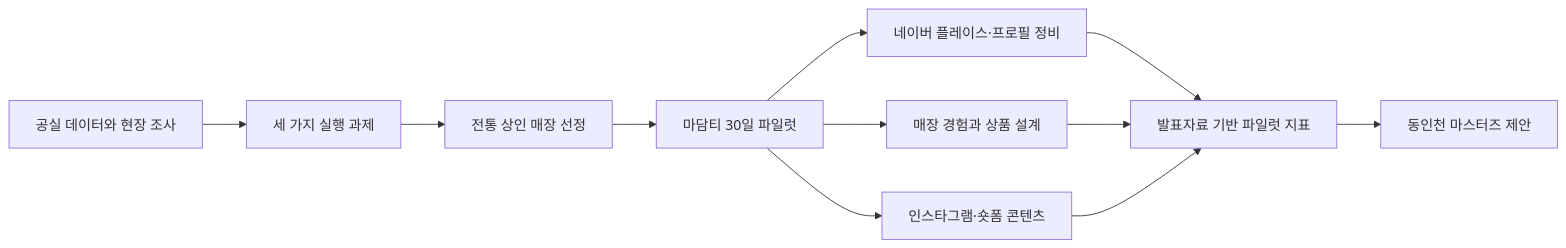
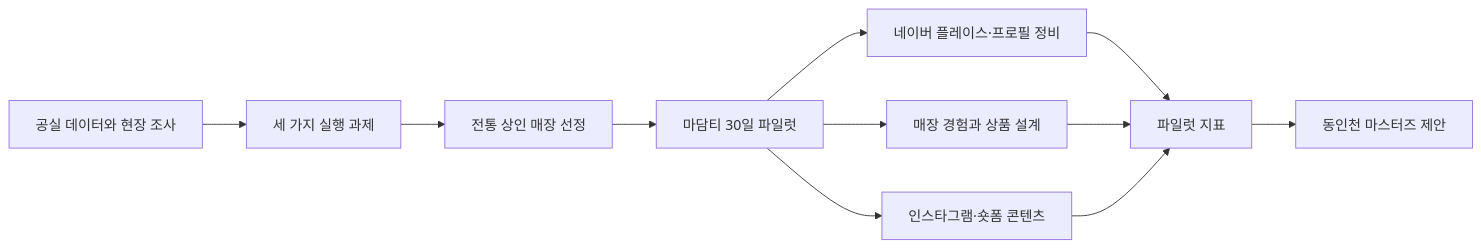
Before and after one commit to junhyung-L/dongincheon-marketing-pilot: the diagram in README.ko.md, drawn with Mermaid. The commit also changed other lines of this file and 3 other files, not shown here.

````diff
--- a/README.ko.md
+++ b/README.ko.md
@@ -38,13 +41,13 @@
 ```mermaid
 flowchart LR
     A[공실 데이터와 현장 조사] --> B[세 가지 실행 과제]
     B --> C[전통 상인 매장 선정]
     C --> D[마담티 30일 파일럿]
     D --> E[네이버 플레이스·프로필 정비]
     D --> F[매장 경험과 상품 설계]
     D --> G[인스타그램·숏폼 콘텐츠]
-    E --> H[발표자료 기반 파일럿 지표]
+    E --> H[파일럿 지표]
     F --> H
     G --> H
     H --> I[동인천 마스터즈 제안]
 ```
````
